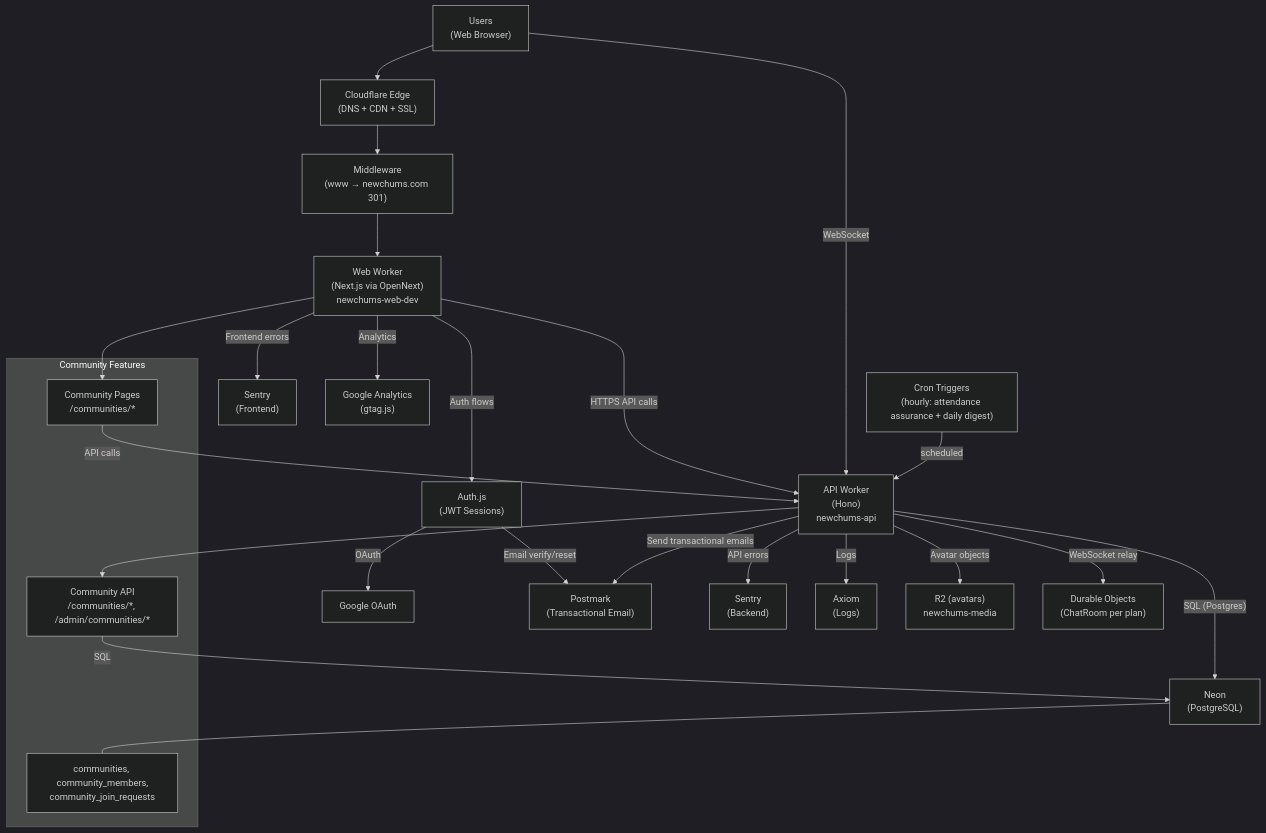
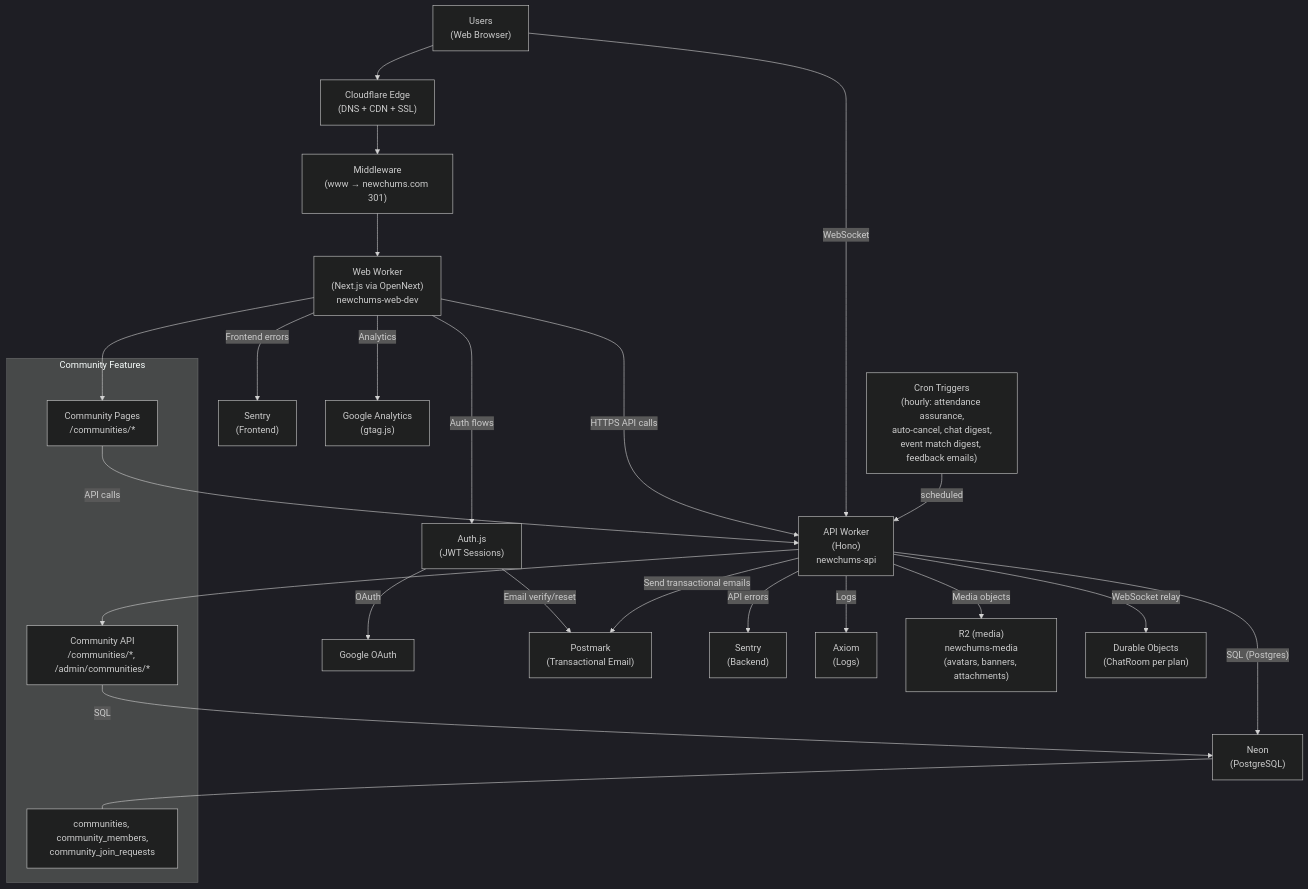
The first of 4 diagrams in docs/System_Map.md (RSS705/newchums), drawn with Mermaid (dark theme) before and after one commit. The commit also changed other lines of this file and 43 other files, not shown here.

````diff
--- a/docs/System_Map.md
+++ b/docs/System_Map.md
@@ -27,36 +27,36 @@
 ```mermaid
 flowchart TB
   U["Users<br/>(Web Browser)"] --> CF["Cloudflare Edge<br/>(DNS + CDN + SSL)"]
   CF --> MW["Middleware<br/>(www → newchums.com 301)"]
   MW --> W["Web Worker<br/>(Next.js via OpenNext)<br/>newchums-web-dev"]
 
   W -->|"HTTPS API calls"| API["API Worker<br/>(Hono)<br/>newchums-api"]
   API -->|"SQL (Postgres)"| DB["Neon<br/>(PostgreSQL)"]
 
   W -->|"Auth flows"| AUTH["Auth.js<br/>(JWT Sessions)"]
   AUTH -->|"OAuth"| GOOGLE["Google OAuth"]
   AUTH -->|"Email verify/reset"| PM["Postmark<br/>(Transactional Email)"]
   API -->|"Send transactional emails"| PM
 
   W -->|"Frontend errors"| SENTRY_FE["Sentry<br/>(Frontend)"]
   API -->|"API errors"| SENTRY_BE["Sentry<br/>(Backend)"]
   API -->|"Logs"| AX["Axiom<br/>(Logs)"]
   W -->|"Analytics"| GA["Google Analytics<br/>(gtag.js)"]
 
-  API -->|"Avatar objects"| R2["R2 (avatars)<br/>newchums-media"]
+  API -->|"Media objects"| R2["R2 (media)<br/>newchums-media<br/>(avatars, banners, attachments)"]
   API -->|"WebSocket relay"| DO["Durable Objects<br/>(ChatRoom per plan)"]
   U -->|"WebSocket"| API
-  CRON["Cron Triggers<br/>(hourly: attendance assurance + daily digest)"] -->|"scheduled"| API
+  CRON["Cron Triggers<br/>(hourly: attendance assurance,<br/>auto-cancel, chat digest,<br/>event match digest, feedback emails)"] -->|"scheduled"| API
 
   subgraph "Community Features"
     COMM_PAGES["Community Pages<br/>/communities/*"]
     COMM_API["Community API<br/>/communities/*, /admin/communities/*"]
     COMM_TABLES["communities, community_members,<br/>community_join_requests"]
   end
 
   W --> COMM_PAGES
   COMM_PAGES -->|"API calls"| API
   API --> COMM_API
   COMM_API -->|"SQL"| DB
   DB --- COMM_TABLES
 ```
````
